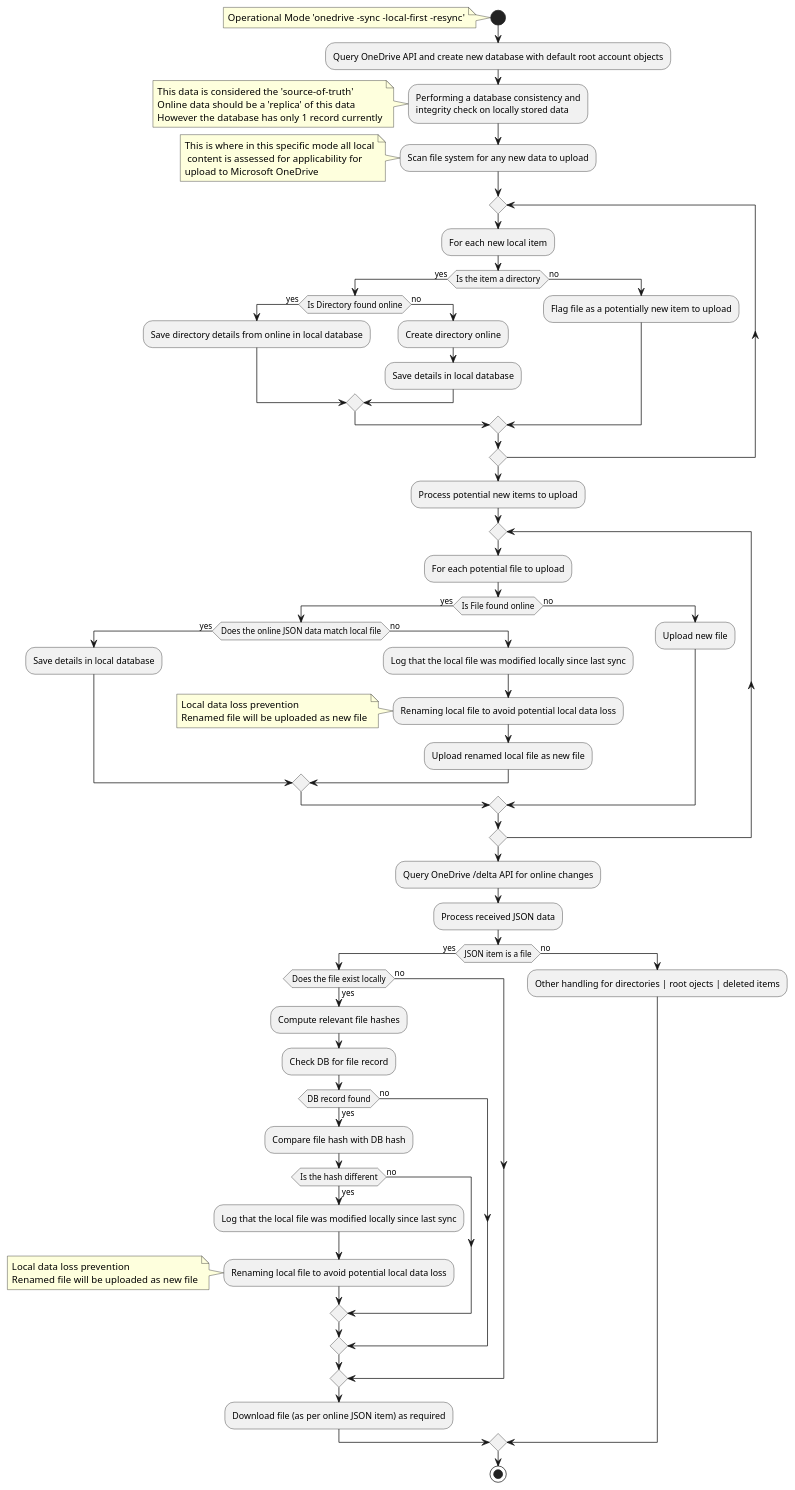
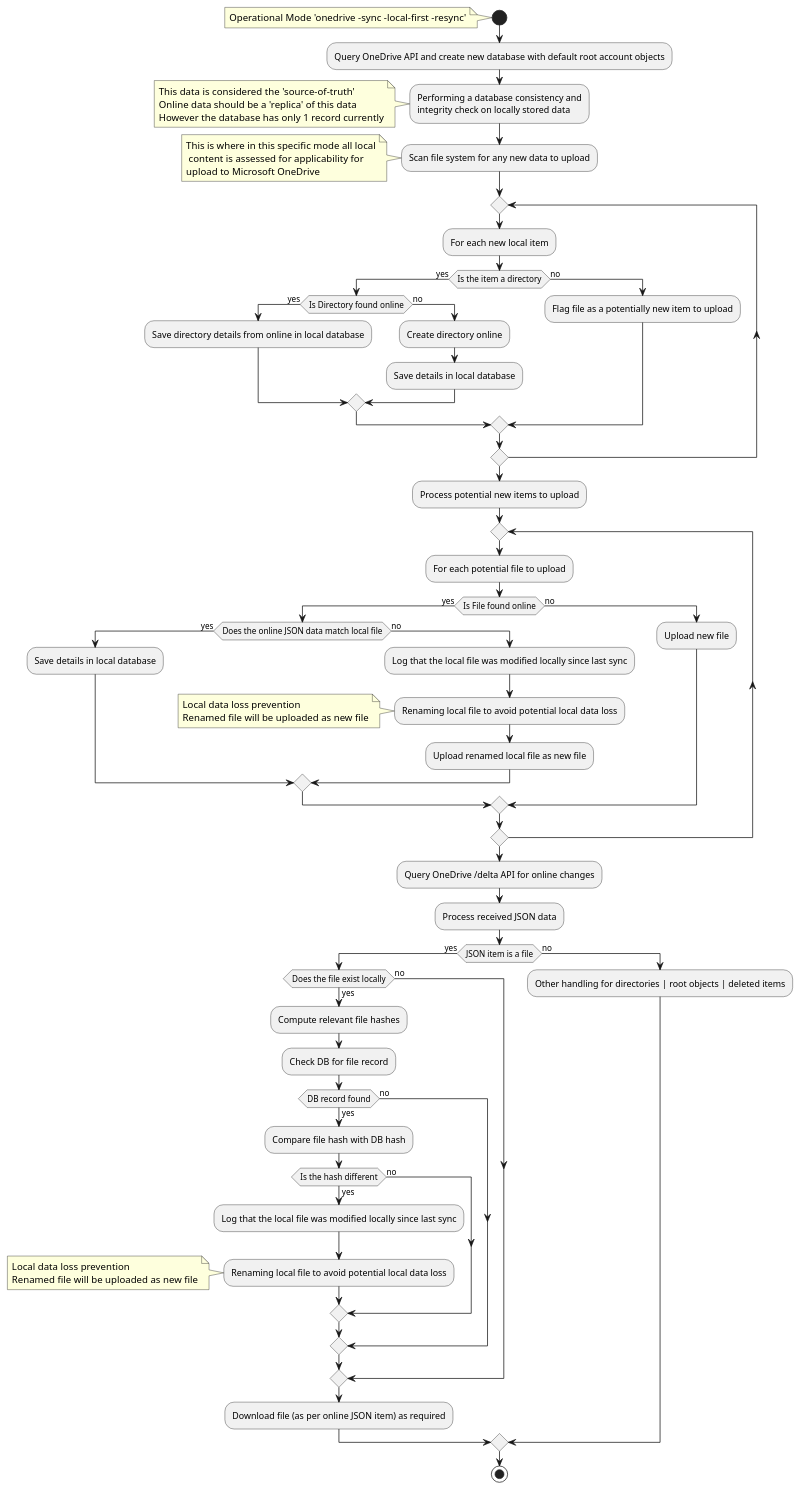
Before and after one commit to abraunegg/onedrive: the diagram in docs/puml/conflict_handling_local-first_resync.puml, drawn with PlantUML. The commit also changed 28 other files, not shown here.

```diff
--- a/docs/puml/conflict_handling_local-first_resync.puml
+++ b/docs/puml/conflict_handling_local-first_resync.puml
@@ -1,70 +1,70 @@
 @startuml
 start
 note left: Operational Mode 'onedrive -sync -local-first -resync'
 :Query OneDrive API and create new database with default root account objects;
 :Performing a database consistency and\nintegrity check on locally stored data;
 note left: This data is considered the 'source-of-truth'\nOnline data should be a 'replica' of this data\nHowever the database has only 1 record currently
 :Scan file system for any new data to upload;
 note left: This is where in this specific mode all local\n content is assessed for applicability for\nupload to Microsoft OneDrive
 
 repeat
   :For each new local item;
   if (Is the item a directory) then (yes)
     if (Is Directory found online) then (yes)
       :Save directory details from online in local database;
     else (no)
       :Create directory online;
       :Save details in local database;
     endif
   else (no)
     :Flag file as a potentially new item to upload;
   endif
 repeat while
 
 :Process potential new items to upload;
 
 repeat
   :For each potential file to upload;
   if (Is File found online) then (yes)
     if (Does the online JSON data match local file) then (yes)
 		  :Save details in local database;
 	   else (no)
 	    :Log that the local file was modified locally since last sync;
 	    :Renaming local file to avoid potential local data loss;
        note left: Local data loss prevention\nRenamed file will be uploaded as new file
        :Upload renamed local file as new file;
 	  endif
   else (no)
     :Upload new file;
   endif
 repeat while
 
 :Query OneDrive /delta API for online changes;
 :Process received JSON data;
 if (JSON item is a file) then (yes)
   if (Does the file exist locally) then (yes)
     :Compute relevant file hashes;
     :Check DB for file record;
     if (DB record found) then (yes)
       :Compare file hash with DB hash;
       if (Is the hash different) then (yes)
         :Log that the local file was modified locally since last sync;
         :Renaming local file to avoid potential local data loss;
         note left: Local data loss prevention\nRenamed file will be uploaded as new file
       else (no)
       endif
     else (no)
     
     endif
   else (no)
   endif
 
 :Download file (as per online JSON item) as required;
   
 else (no)
-  :Other handling for directories | root ojects | deleted items;
+  :Other handling for directories | root objects | deleted items;
 endif
 
 
 stop
 @enduml
```
